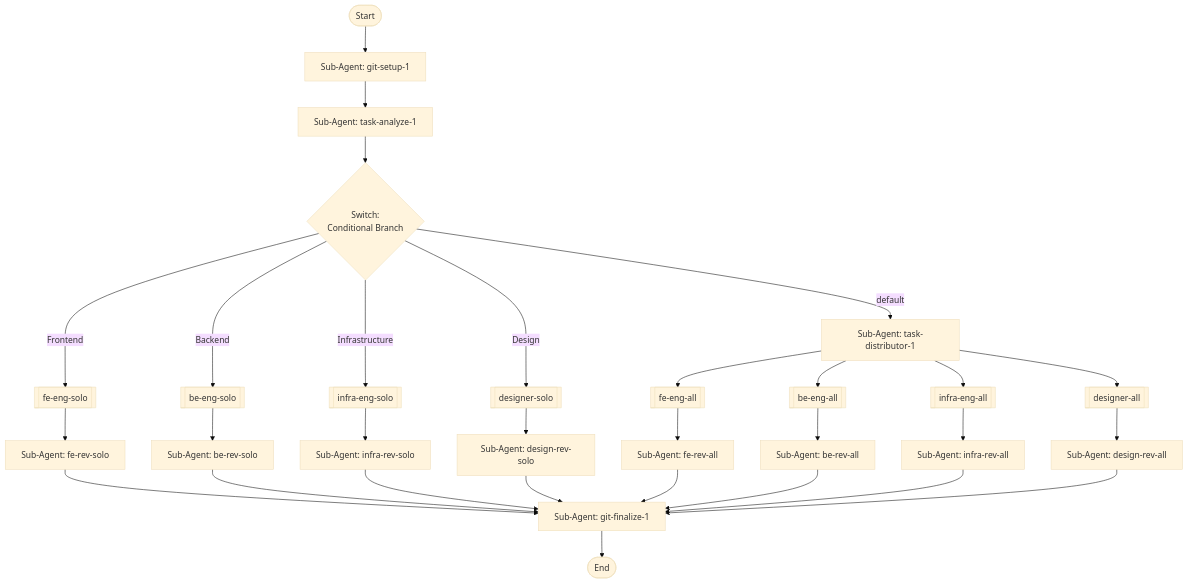
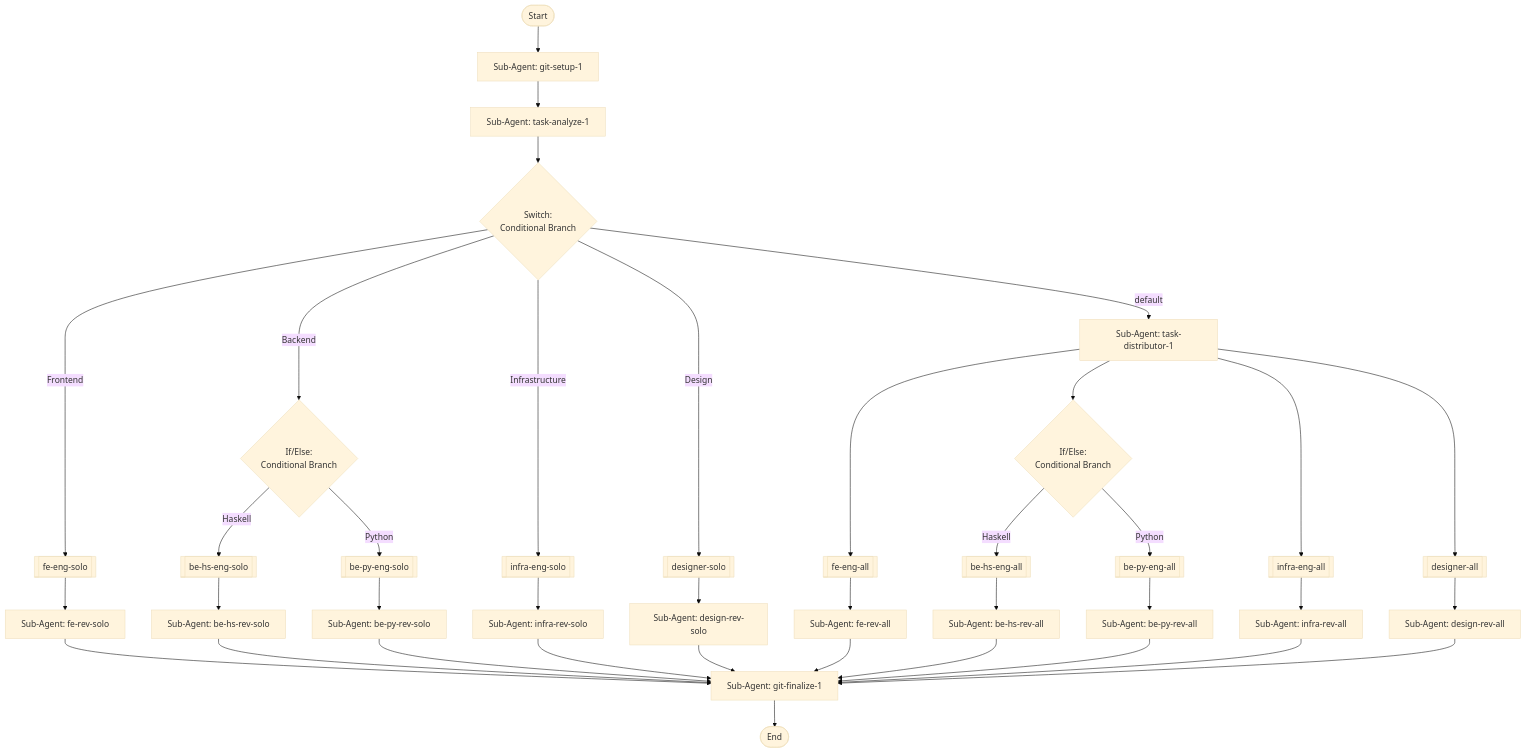
Before and after one commit to lihs-ie/alpha-mind: the diagram in .claude/commands/dev.md, drawn with Mermaid (base theme). The commit also changed other lines of this file and 11 other files, not shown here.

````diff
--- a/.claude/commands/dev.md
+++ b/.claude/commands/dev.md
@@ -4,56 +4,70 @@
 ```mermaid
 flowchart TD
     start_1([Start])
     git_setup_1[Sub-Agent: git-setup-1]
     task_analyze_1[Sub-Agent: task-analyze-1]
     domain_switch_1{Switch:<br/>Conditional Branch}
     fe_eng_solo[["fe-eng-solo"]]
     fe_rev_solo[Sub-Agent: fe-rev-solo]
-    be_eng_solo[["be-eng-solo"]]
-    be_rev_solo[Sub-Agent: be-rev-solo]
+    be_lang_switch_solo{If/Else:<br/>Conditional Branch}
+    be_hs_eng_solo[["be-hs-eng-solo"]]
+    be_hs_rev_solo[Sub-Agent: be-hs-rev-solo]
+    be_py_eng_solo[["be-py-eng-solo"]]
+    be_py_rev_solo[Sub-Agent: be-py-rev-solo]
     infra_eng_solo[["infra-eng-solo"]]
     infra_rev_solo[Sub-Agent: infra-rev-solo]
     designer_solo[["designer-solo"]]
     design_rev_solo[Sub-Agent: design-rev-solo]
     task_distributor_1[Sub-Agent: task-distributor-1]
     fe_eng_all[["fe-eng-all"]]
     fe_rev_all[Sub-Agent: fe-rev-all]
-    be_eng_all[["be-eng-all"]]
-    be_rev_all[Sub-Agent: be-rev-all]
+    be_lang_switch_all{If/Else:<br/>Conditional Branch}
+    be_hs_eng_all[["be-hs-eng-all"]]
+    be_hs_rev_all[Sub-Agent: be-hs-rev-all]
+    be_py_eng_all[["be-py-eng-all"]]
+    be_py_rev_all[Sub-Agent: be-py-rev-all]
     infra_eng_all[["infra-eng-all"]]
     infra_rev_all[Sub-Agent: infra-rev-all]
     designer_all[["designer-all"]]
     design_rev_all[Sub-Agent: design-rev-all]
     git_finalize_1[Sub-Agent: git-finalize-1]
     end_1([End])
 
     start_1 --> git_setup_1
     git_setup_1 --> task_analyze_1
     task_analyze_1 --> domain_switch_1
     domain_switch_1 -->|Frontend| fe_eng_solo
-    domain_switch_1 -->|Backend| be_eng_solo
     domain_switch_1 -->|Infrastructure| infra_eng_solo
     domain_switch_1 -->|Design| designer_solo
     domain_switch_1 -->|default| task_distributor_1
     fe_eng_solo --> fe_rev_solo
-    be_eng_solo --> be_rev_solo
+    be_lang_switch_solo -->|Haskell| be_hs_eng_solo
+    be_lang_switch_solo -->|Python| be_py_eng_solo
+    be_hs_eng_solo --> be_hs_rev_solo
+    be_py_eng_solo --> be_py_rev_solo
     infra_eng_solo --> infra_rev_solo
     designer_solo --> design_rev_solo
     task_distributor_1 --> fe_eng_all
-    task_distributor_1 --> be_eng_all
+    task_distributor_1 --> be_lang_switch_all
     task_distributor_1 --> infra_eng_all
     task_distributor_1 --> designer_all
     fe_eng_all --> fe_rev_all
-    be_eng_all --> be_rev_all
+    be_lang_switch_all -->|Haskell| be_hs_eng_all
+    be_lang_switch_all -->|Python| be_py_eng_all
+    be_hs_eng_all --> be_hs_rev_all
+    be_py_eng_all --> be_py_rev_all
     infra_eng_all --> infra_rev_all
     designer_all --> design_rev_all
     fe_rev_solo --> git_finalize_1
-    be_rev_solo --> git_finalize_1
+    be_hs_rev_solo --> git_finalize_1
+    be_py_rev_solo --> git_finalize_1
     infra_rev_solo --> git_finalize_1
     design_rev_solo --> git_finalize_1
     fe_rev_all --> git_finalize_1
-    be_rev_all --> git_finalize_1
+    be_hs_rev_all --> git_finalize_1
+    be_py_rev_all --> git_finalize_1
     infra_rev_all --> git_finalize_1
     design_rev_all --> git_finalize_1
     git_finalize_1 --> end_1
+    domain_switch_1 -->|Backend| be_lang_switch_solo
 ```
````
